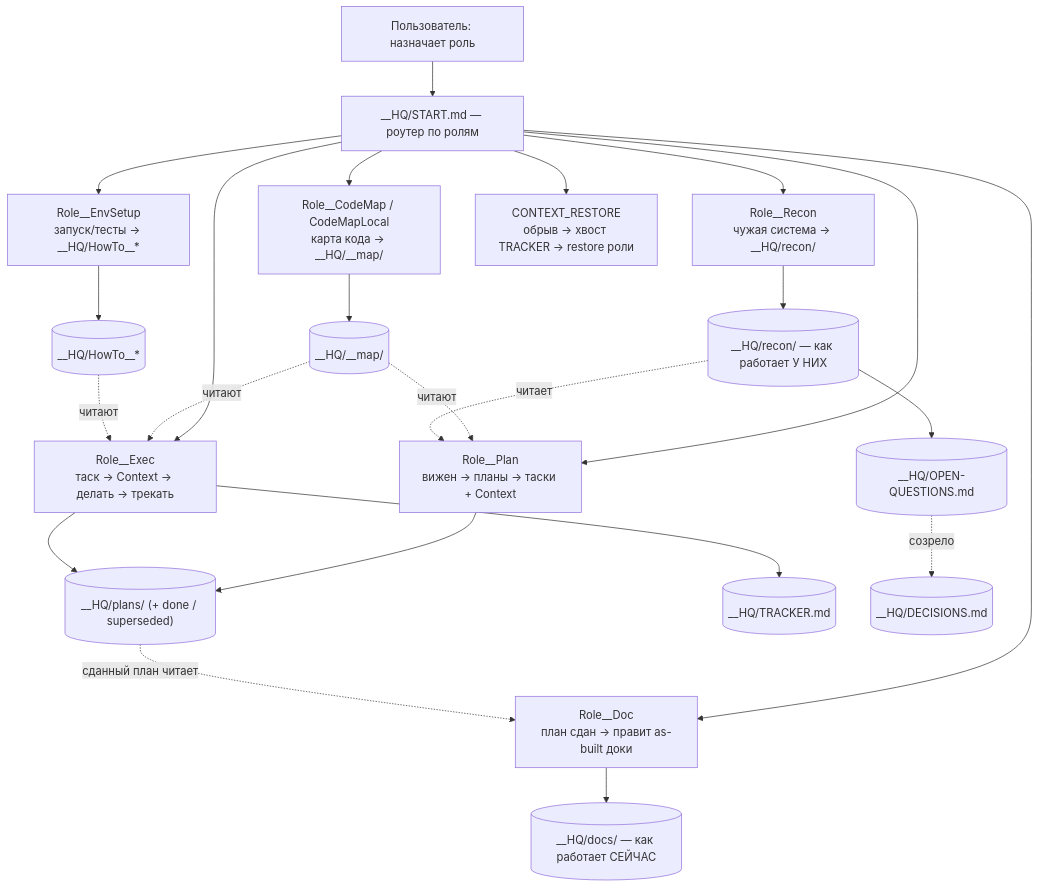
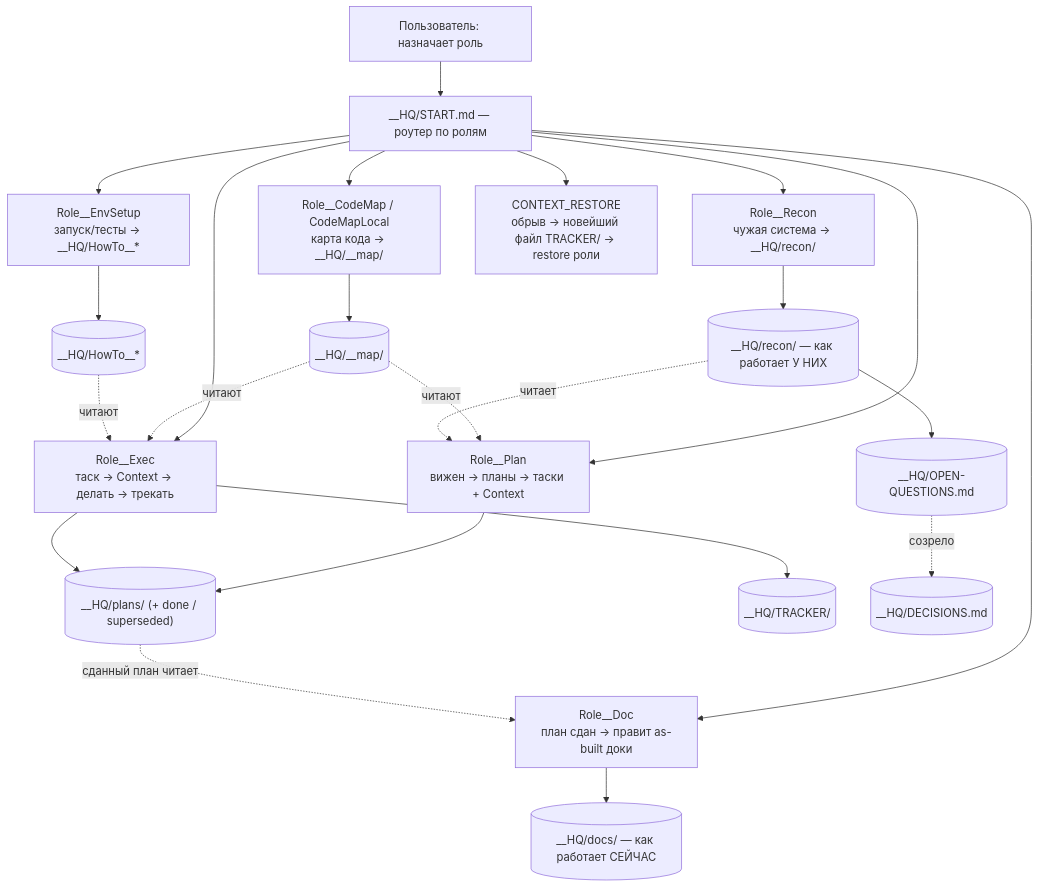
One commit to seneelya/Project-Context-Box changed the diagram in __HQ/WORKFLOW.md. Above: the diagram before and after it, drawn with Mermaid. The commit also changed other lines of this file and 15 other files, not shown here.

````diff
--- a/__HQ/WORKFLOW.md
+++ b/__HQ/WORKFLOW.md
@@ -23,26 +23,26 @@
 ```mermaid
 flowchart TD
   U["Пользователь: назначает роль"] --> S["__HQ/START.md — роутер по ролям"]
   S --> RMAP["Role__CodeMap / CodeMapLocal<br/>карта кода → __HQ/__map/"]
   S --> RENV["Role__EnvSetup<br/>запуск/тесты → __HQ/HowTo__*"]
   S --> RPLAN["Role__Plan<br/>вижен → планы → таски + Context"]
   S --> REXEC["Role__Exec<br/>таск → Context → делать → трекать"]
   S --> RDOC["Role__Doc<br/>план сдан → правит as-built доки"]
   S --> RRECON["Role__Recon<br/>чужая система → __HQ/recon/"]
-  S --> RREST["CONTEXT_RESTORE<br/>обрыв → хвост TRACKER → restore роли"]
+  S --> RREST["CONTEXT_RESTORE<br/>обрыв → новейший файл TRACKER/ → restore роли"]
 
   RMAP --> CARDS[("__HQ/__map/")]
   RENV --> HOWTO[("__HQ/HowTo__*")]
   RPLAN --> PLANS[("__HQ/plans/ (+ done / superseded)")]
   REXEC --> PLANS
-  REXEC --> TR[("__HQ/TRACKER.md")]
+  REXEC --> TR[("__HQ/TRACKER/")]
   RDOC --> DOCS[("__HQ/docs/ — как работает СЕЙЧАС")]
   RRECON --> RECON[("__HQ/recon/ — как работает У НИХ")]
   RECON --> OQ[("__HQ/OPEN-QUESTIONS.md")]
   OQ -.->|созрело| DEC[("__HQ/DECISIONS.md")]
   CARDS -.->|читают| RPLAN
   CARDS -.->|читают| REXEC
   PLANS -.->|сданный план читает| RDOC
   HOWTO -.->|читают| REXEC
   RECON -.->|читает| RPLAN
 ```
````
